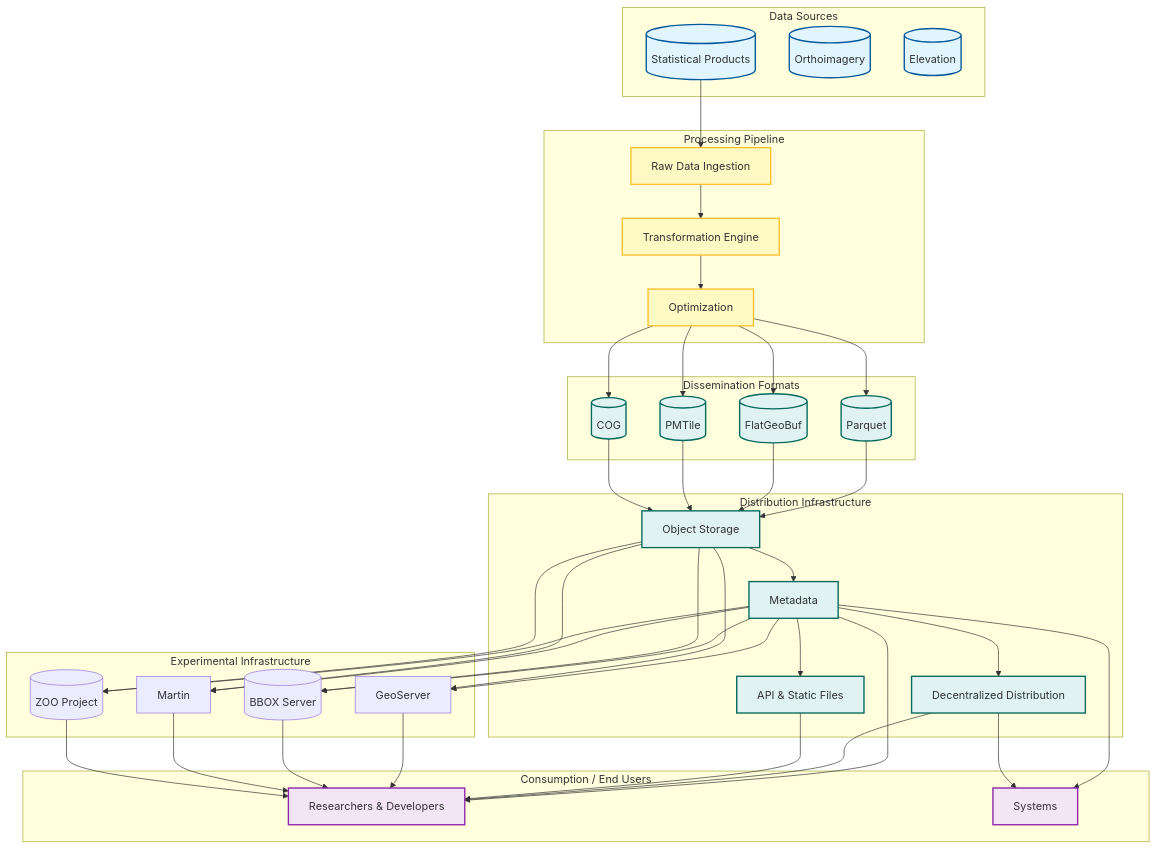
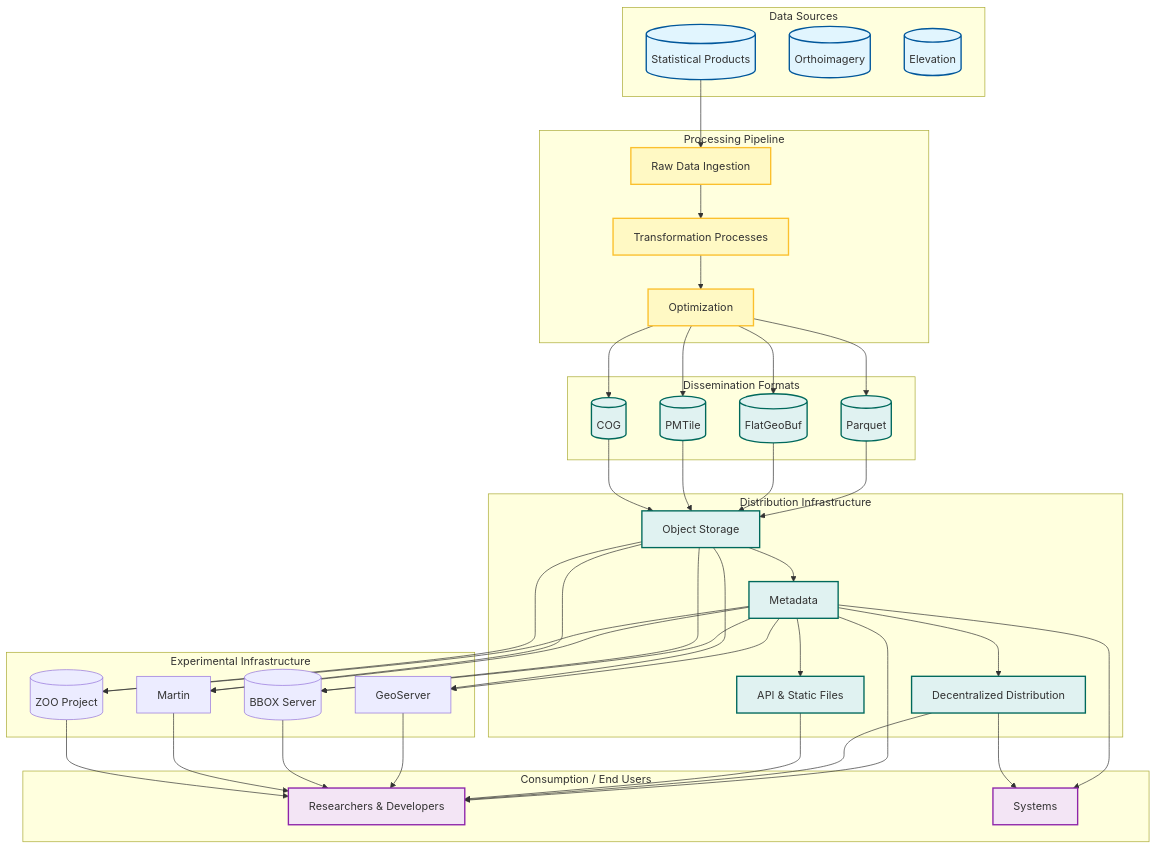
The diagram in content/_index.md (dataforcanada/www.dataforcanada.org), drawn with Mermaid before and after one commit. The commit also changed 1 other file, not shown here.

Commit message:
Simplified high-level overview diagrams. Still needs improvement

```diff
--- a/content/_index.md
+++ b/content/_index.md
@@ -36,7 +36,7 @@
 
     subgraph "Processing Pipeline"
         Raw[Raw Data Ingestion]:::process
-        Transform[Transformation Engine]:::process
+        Transform[Transformation Processes]:::process
         Opt[Optimization]:::process
     end
 
```
